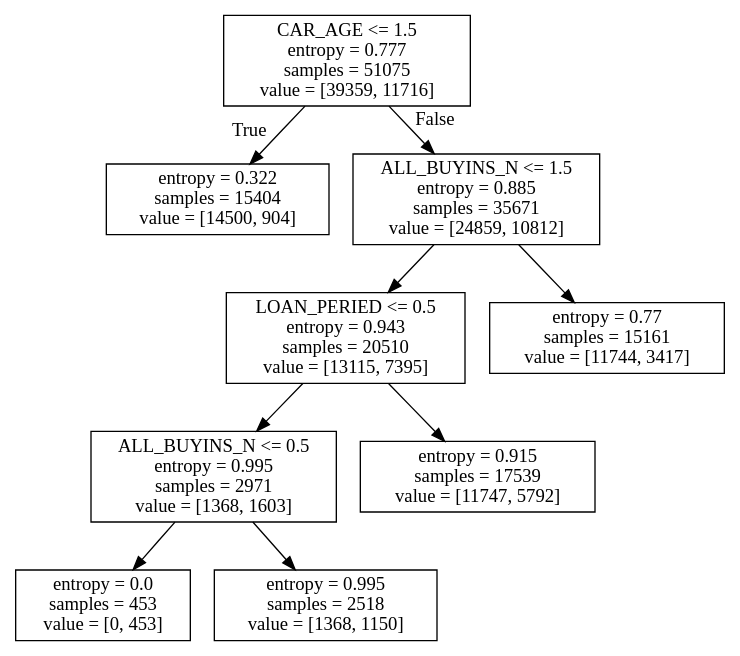
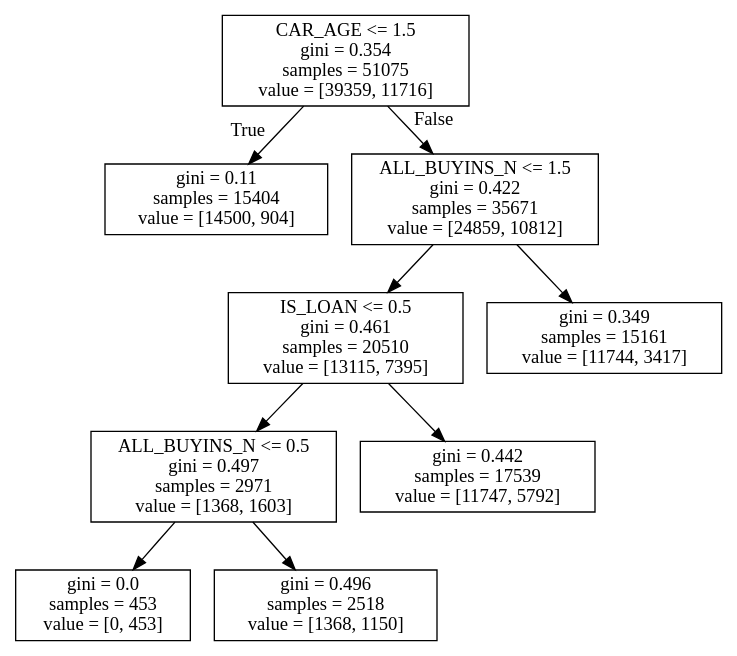
The diagram in tree.dot (fralychen/TianchiData), drawn with Graphviz before and after one commit. The commit also changed 4 other files, not shown here.

```diff
--- a/tree.dot
+++ b/tree.dot
@@ -1,20 +1,20 @@
 digraph Tree {
 node [shape=box] ;
-0 [label="CAR_AGE <= 1.5\nentropy = 0.777\nsamples = 51075\nvalue = [39359, 11716]"] ;
-1 [label="entropy = 0.322\nsamples = 15404\nvalue = [14500, 904]"] ;
+0 [label="CAR_AGE <= 1.5\ngini = 0.354\nsamples = 51075\nvalue = [39359, 11716]"] ;
+1 [label="gini = 0.11\nsamples = 15404\nvalue = [14500, 904]"] ;
 0 -> 1 [labeldistance=2.5, labelangle=45, headlabel="True"] ;
-2 [label="ALL_BUYINS_N <= 1.5\nentropy = 0.885\nsamples = 35671\nvalue = [24859, 10812]"] ;
+2 [label="ALL_BUYINS_N <= 1.5\ngini = 0.422\nsamples = 35671\nvalue = [24859, 10812]"] ;
 0 -> 2 [labeldistance=2.5, labelangle=-45, headlabel="False"] ;
-3 [label="LOAN_PERIED <= 0.5\nentropy = 0.943\nsamples = 20510\nvalue = [13115, 7395]"] ;
+3 [label="IS_LOAN <= 0.5\ngini = 0.461\nsamples = 20510\nvalue = [13115, 7395]"] ;
 2 -> 3 ;
-5 [label="ALL_BUYINS_N <= 0.5\nentropy = 0.995\nsamples = 2971\nvalue = [1368, 1603]"] ;
+5 [label="ALL_BUYINS_N <= 0.5\ngini = 0.497\nsamples = 2971\nvalue = [1368, 1603]"] ;
 3 -> 5 ;
-7 [label="entropy = 0.0\nsamples = 453\nvalue = [0, 453]"] ;
+7 [label="gini = 0.0\nsamples = 453\nvalue = [0, 453]"] ;
 5 -> 7 ;
-8 [label="entropy = 0.995\nsamples = 2518\nvalue = [1368, 1150]"] ;
+8 [label="gini = 0.496\nsamples = 2518\nvalue = [1368, 1150]"] ;
 5 -> 8 ;
-6 [label="entropy = 0.915\nsamples = 17539\nvalue = [11747, 5792]"] ;
+6 [label="gini = 0.442\nsamples = 17539\nvalue = [11747, 5792]"] ;
 3 -> 6 ;
-4 [label="entropy = 0.77\nsamples = 15161\nvalue = [11744, 3417]"] ;
+4 [label="gini = 0.349\nsamples = 15161\nvalue = [11744, 3417]"] ;
 2 -> 4 ;
 }
```
